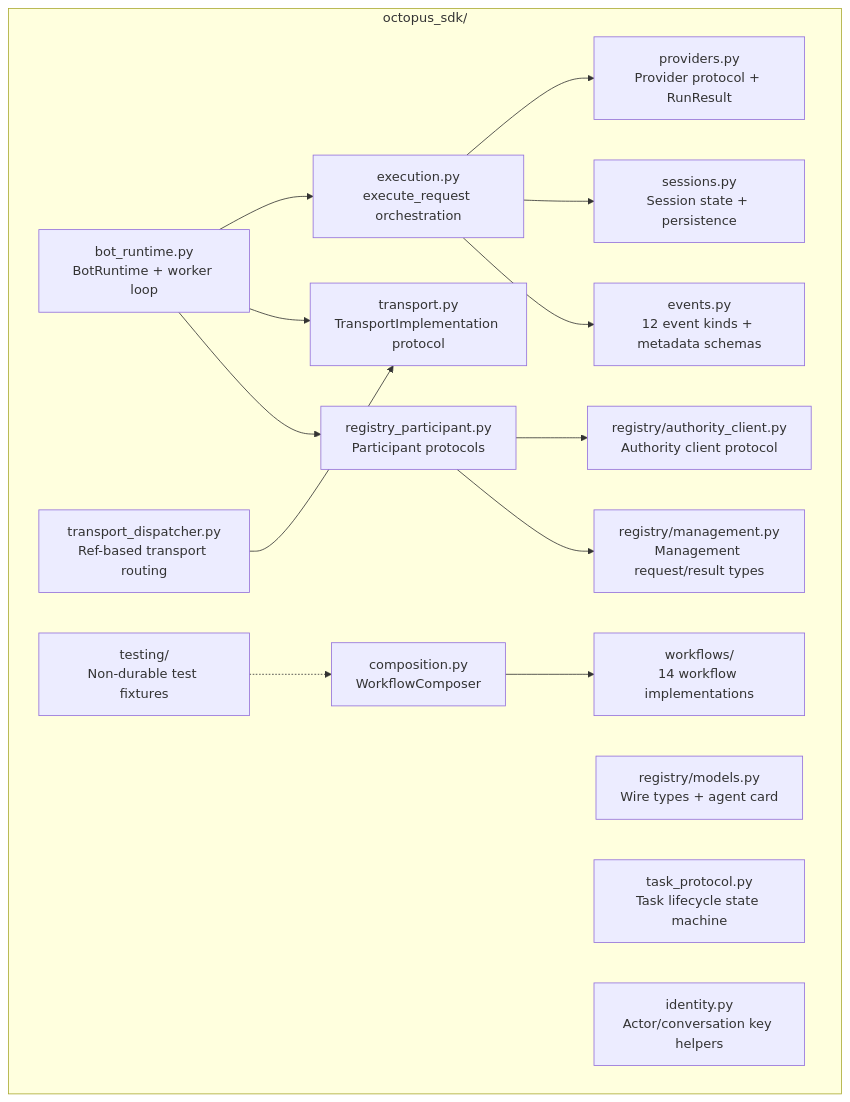
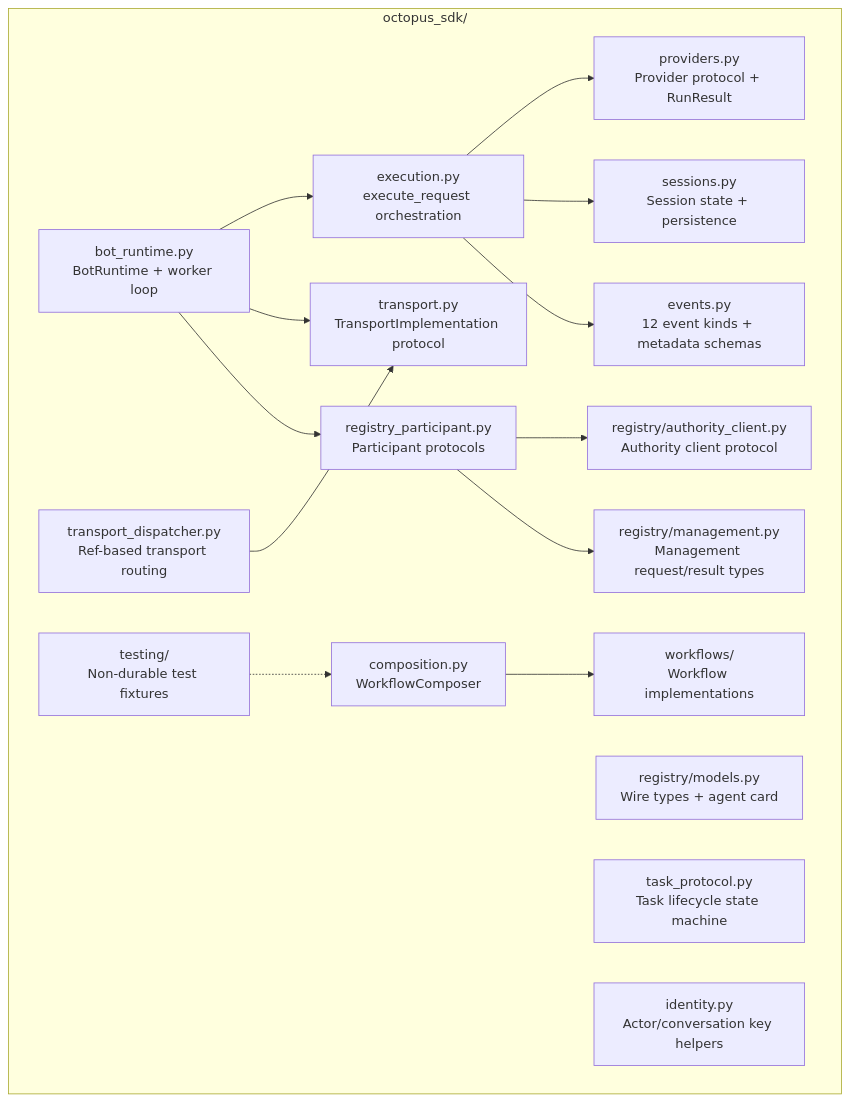
One commit to privacynow/octopus changed the fifth of 10 diagrams in ARCHITECTURE.md. Above: the diagram before and after it, drawn with Mermaid. The commit also changed other lines of this file and 2 other files, not shown here.

Commit message:
Refresh architecture docs for skills and routing

````diff
--- a/ARCHITECTURE.md
+++ b/ARCHITECTURE.md
@@ -230,33 +256,33 @@
 ```mermaid
 flowchart TB
     subgraph sdk ["octopus_sdk/"]
         runtime["bot_runtime.py<br/>BotRuntime + worker loop"]
         execution["execution.py<br/>execute_request orchestration"]
         transport["transport.py<br/>TransportImplementation protocol"]
         dispatcher["transport_dispatcher.py<br/>Ref-based transport routing"]
         participant["registry_participant.py<br/>Participant protocols"]
         authority_client["registry/authority_client.py<br/>Authority client protocol"]
         management["registry/management.py<br/>Management request/result types"]
         models["registry/models.py<br/>Wire types + agent card"]
         events["events.py<br/>12 event kinds + metadata schemas"]
         task_proto["task_protocol.py<br/>Task lifecycle state machine"]
         composition["composition.py<br/>WorkflowComposer"]
         sessions["sessions.py<br/>Session state + persistence"]
         identity["identity.py<br/>Actor/conversation key helpers"]
         providers["providers.py<br/>Provider protocol + RunResult"]
-        workflows["workflows/<br/>14 workflow implementations"]
+        workflows["workflows/<br/>Workflow implementations"]
         testing["testing/<br/>Non-durable test fixtures"]
     end
 
     runtime --> execution
     runtime --> transport
     execution --> providers
     execution --> sessions
     execution --> events
     dispatcher --> transport
     composition --> workflows
     runtime --> participant
     participant --> authority_client
     participant --> management
     testing -.-> composition
 ```
````
